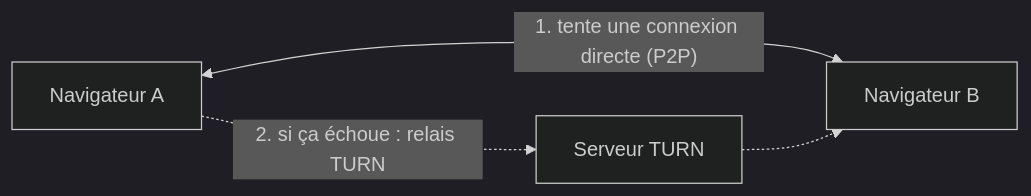
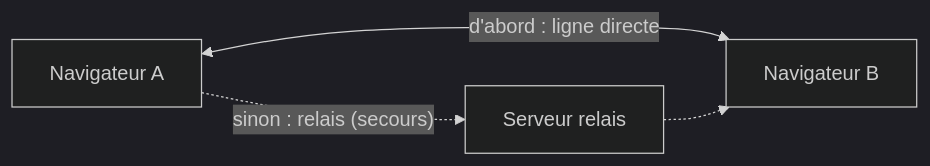
One commit to Pikatchu99/snaplover changed the second of 2 diagrams in README.md. Above: the diagram before and after it, drawn with Mermaid (dark theme). The commit also changed other lines of this file, not shown here.

````diff
--- a/README.md
+++ b/README.md
@@ -82,6 +80,6 @@
 ```mermaid
 flowchart LR
-    A[Navigateur A] <-->|"1. tente une connexion directe (P2P)"| B[Navigateur B]
-    A -.->|"2. si ça échoue : relais TURN"| T[Serveur TURN]
+    A[Navigateur A] <-->|"d'abord : ligne directe"| B[Navigateur B]
+    A -.->|"sinon : relais (secours)"| T[Serveur relais]
     T -.-> B
 ```
````
